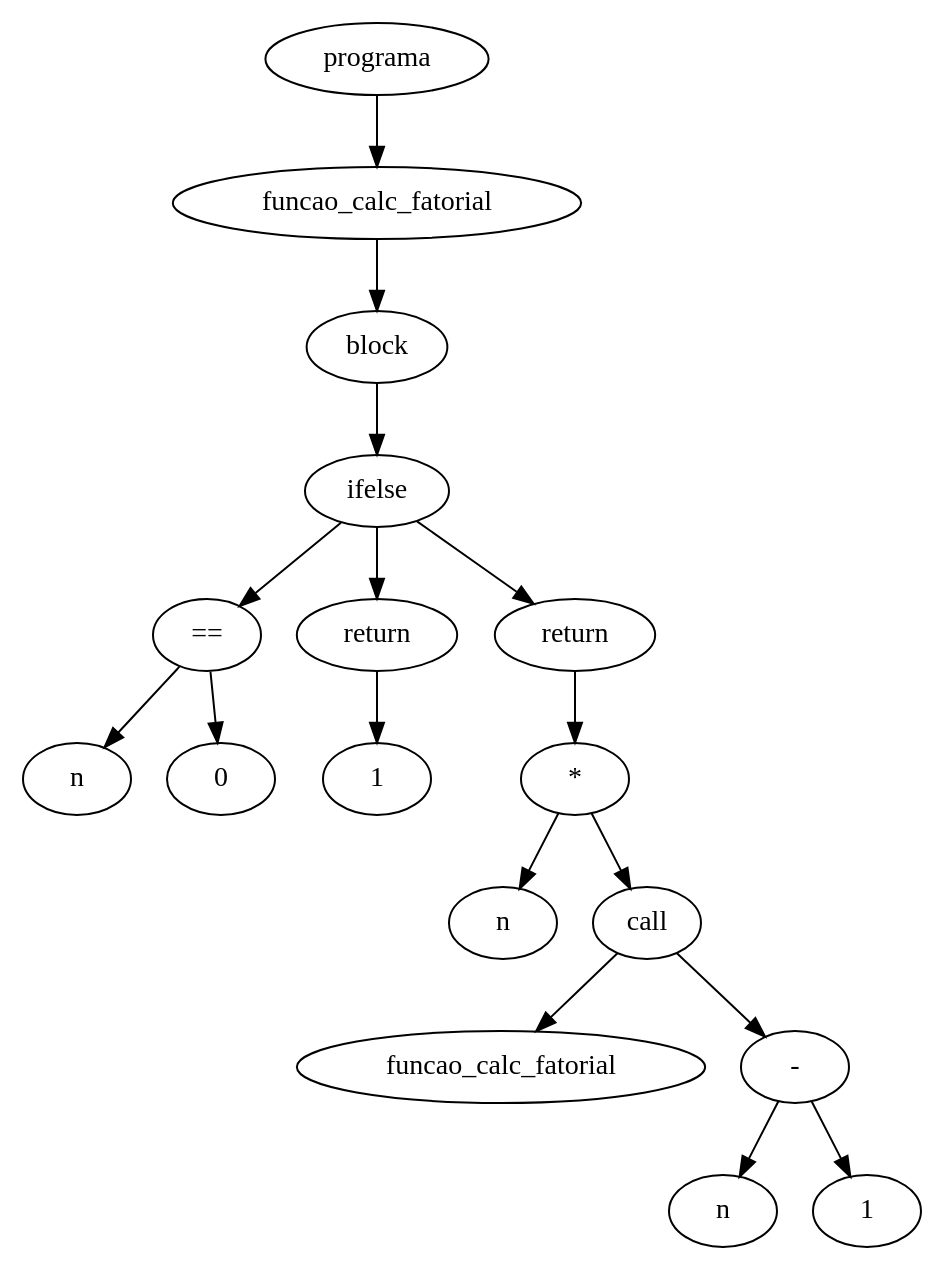
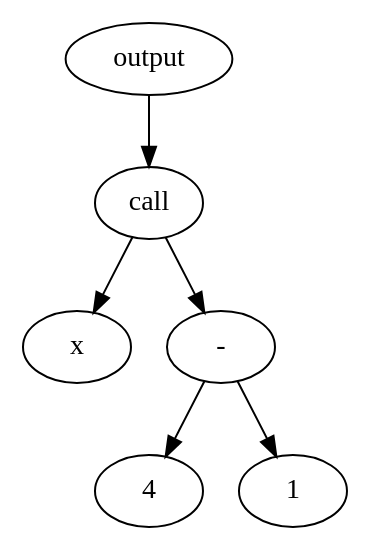
The diagram in build/saida.dot (clemilsondias/TrabalhoCompiladores), drawn with Graphviz before and after one commit. The commit also changed 48 other files, not shown here.

```diff
--- a/build/saida.dot
+++ b/build/saida.dot
@@ -1,35 +1,13 @@
 digraph G {
-node_0xe28390 [label="n"]
-node_0xe28400 [label="0"]
-node_0xe28420 [label="=="]
-node_0xe28420 -> node_0xe28390
-node_0xe28420 -> node_0xe28400
-node_0xe284a0 [label="1"]
-node_0xe284c0 [label="return"]
-node_0xe284c0 -> node_0xe284a0
-node_0xe284f0 [label="n"]
-node_0xe28510 [label="funcao_calc_fatorial"]
-node_0xe28530 [label="n"]
-node_0xe28550 [label="1"]
-node_0xe28570 [label="-"]
-node_0xe28570 -> node_0xe28530
-node_0xe28570 -> node_0xe28550
-node_0xe285a0 [label="call"]
-node_0xe285a0 -> node_0xe28510
-node_0xe285a0 -> node_0xe28570
-node_0xe285d0 [label="*"]
-node_0xe285d0 -> node_0xe284f0
-node_0xe285d0 -> node_0xe285a0
-node_0xe28600 [label="return"]
-node_0xe28600 -> node_0xe285d0
-node_0xe28630 [label="ifelse"]
-node_0xe28630 -> node_0xe28420
-node_0xe28630 -> node_0xe284c0
-node_0xe28630 -> node_0xe28600
-node_0xe28670 [label="block"]
-node_0xe28670 -> node_0xe28630
-node_0xe286a0 [label="funcao_calc_fatorial"]
-node_0xe286a0 -> node_0xe28670
-node_0xe286d0 [label="programa"]
-node_0xe286d0 -> node_0xe286a0
+node_0x10fc4d0 [label="x"]
+node_0x10fc550 [label="4"]
+node_0x10fc5d0 [label="1"]
+node_0x10fc600 [label="-"]
+node_0x10fc600 -> node_0x10fc550
+node_0x10fc600 -> node_0x10fc5d0
+node_0x10fc640 [label="call"]
+node_0x10fc640 -> node_0x10fc4d0
+node_0x10fc640 -> node_0x10fc600
+node_0x10fc680 [label="output"]
+node_0x10fc680 -> node_0x10fc640
 }
```
